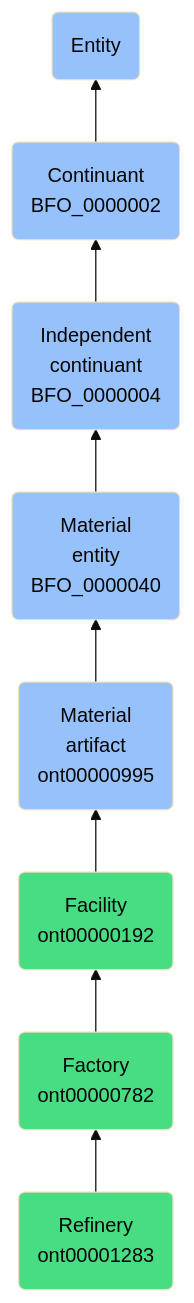
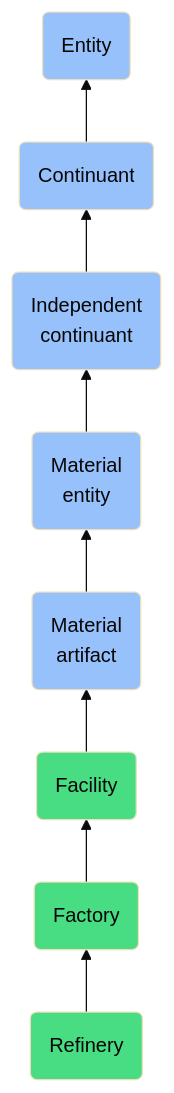
One commit to jupyter-naas/abi changed the diagram in docs/ontology/reference/model/Entity/Continuant/Independent continuant/Material entity/Material artifact/Facility/Factory/Refinery/Refinery.md. Above: the diagram before and after it, drawn with Mermaid (base theme). The commit also changed other lines of this file and 1430 other files, not shown here.

````diff
--- a/docs/ontology/reference/model/Entity/Continuant/Independent continuant/Material entity/Material artifact/Facility/Factory/Refinery/Refinery.md
+++ b/docs/ontology/reference/model/Entity/Continuant/Independent continuant/Material entity/Material artifact/Facility/Factory/Refinery/Refinery.md
@@ -24,15 +24,15 @@
 ```mermaid
 graph BT
-    ont00001283(Refinery<br>ont00001283):::ABI-->ont00000782
-    ont00000782(Factory<br>ont00000782):::ABI-->ont00000192
-    ont00000192(Facility<br>ont00000192):::ABI-->ont00000995
-    ont00000995(Material<br>artifact<br>ont00000995):::BFO-->BFO_0000040
-    BFO_0000040(Material<br>entity<br>BFO_0000040):::BFO-->BFO_0000004
-    BFO_0000004(Independent<br>continuant<br>BFO_0000004):::BFO-->BFO_0000002
-    BFO_0000002(Continuant<br>BFO_0000002):::BFO-->BFO_0000001
+    ont00001283(Refinery):::ABI-->ont00000782
+    ont00000782(Factory):::ABI-->ont00000192
+    ont00000192(Facility):::ABI-->ont00000995
+    ont00000995(Material<br>artifact):::BFO-->BFO_0000040
+    BFO_0000040(Material<br>entity):::BFO-->BFO_0000004
+    BFO_0000004(Independent<br>continuant):::BFO-->BFO_0000002
+    BFO_0000002(Continuant):::BFO-->BFO_0000001
     BFO_0000001(Entity):::BFO
     
     classDef BFO fill:#97c1fb,color:#060606
     classDef CCO fill:#e4c51e,color:#060606
     classDef ABI fill:#48DD82,color:#060606
 ```
````
